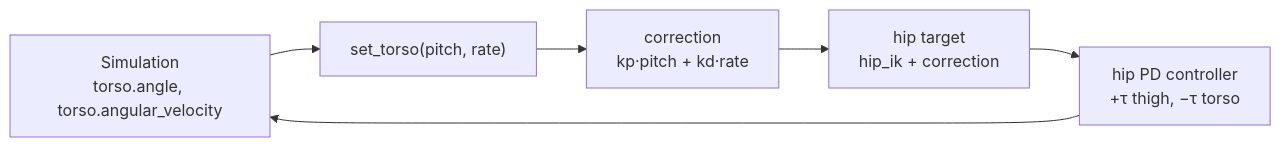
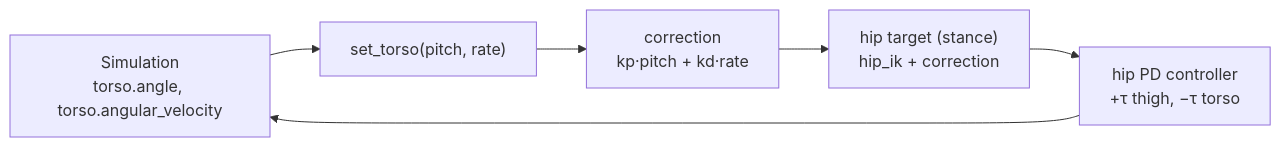
One commit to Martin-Jin/humanoid-walk changed the third of 3 diagrams in docs/gait.md. Above: the diagram before and after it, drawn with Mermaid. The commit also changed other lines of this file and 2 other files, not shown here.

````diff
--- a/docs/gait.md
+++ b/docs/gait.md
@@ -274,8 +264,8 @@
 ```mermaid
 flowchart LR
     SIM["Simulation<br/>torso.angle, torso.angular_velocity"] --> ST["set_torso(pitch, rate)"]
     ST --> C["correction<br/>kp·pitch + kd·rate"]
-    C --> H["hip target<br/>hip_ik + correction"]
+    C --> H["hip target (stance)<br/>hip_ik + correction"]
     H --> PD["hip PD controller<br/>+τ thigh, −τ torso"]
     PD --> SIM
 ```
````
